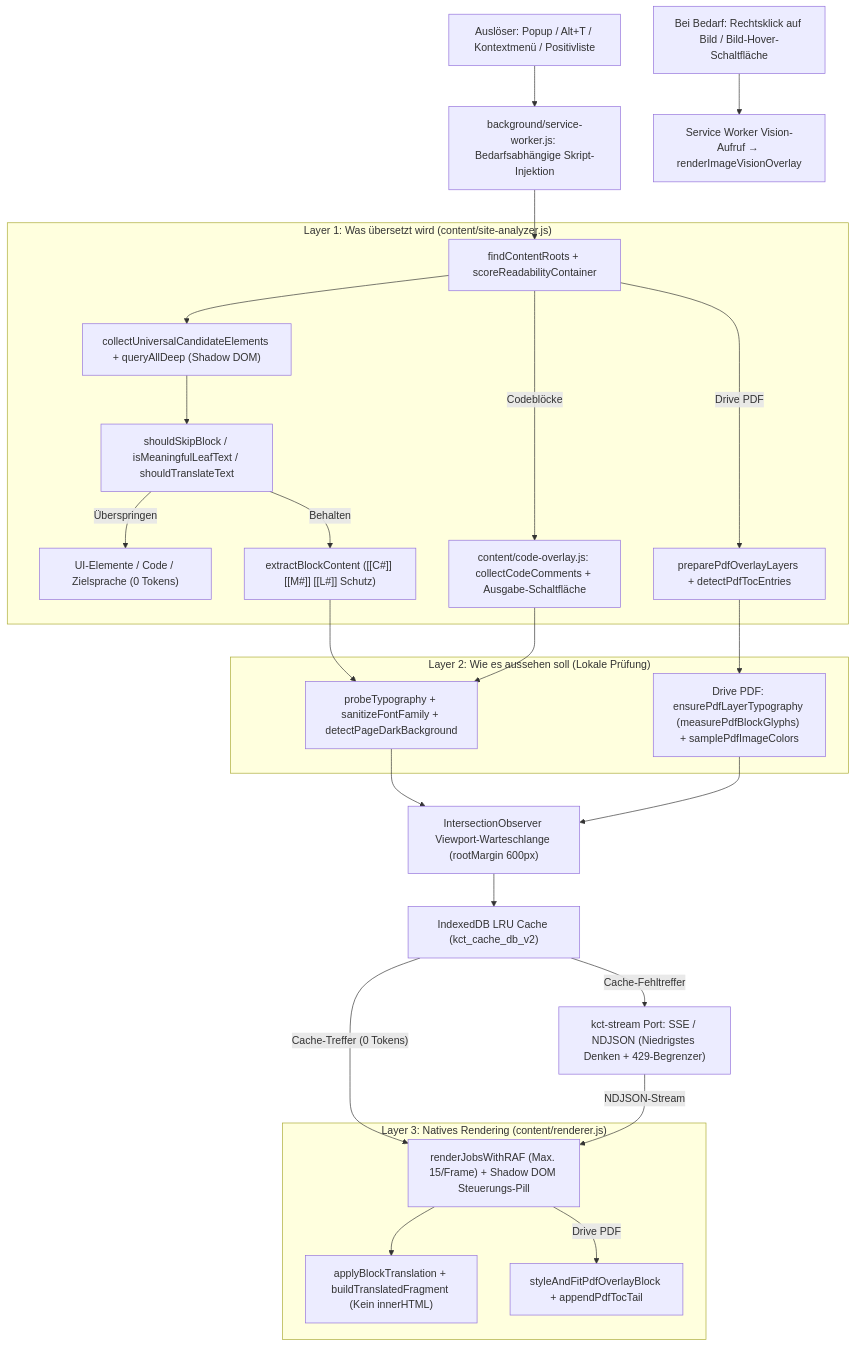
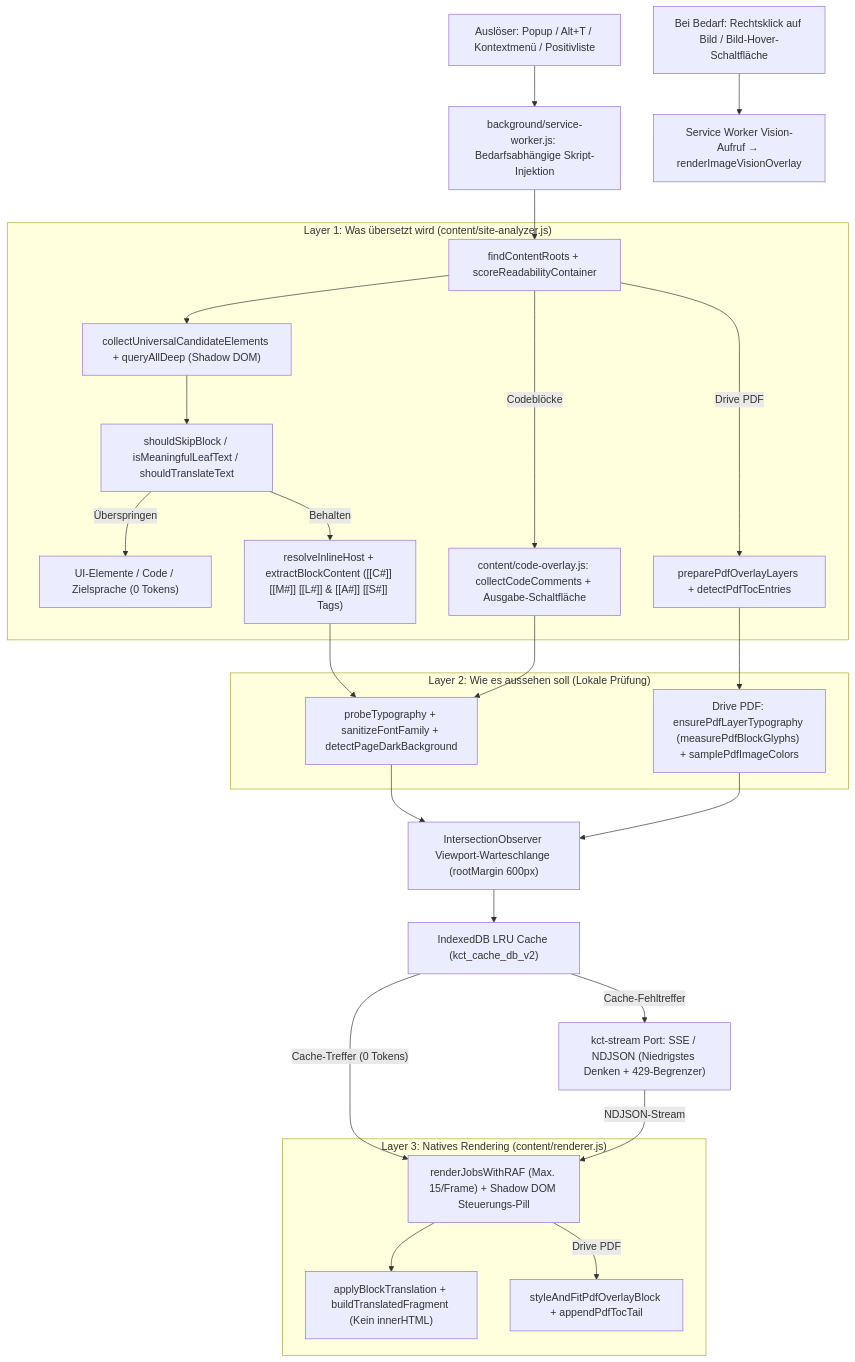
Before and after one commit to Chih-Kai-Wang/kaggle-course-translator: the second of 2 diagrams in README.de.md, drawn with Mermaid. The commit also changed other lines of this file and 47 other files, not shown here.

````diff
--- a/README.de.md
+++ b/README.de.md
@@ -104,39 +126,39 @@
 ```mermaid
 flowchart TD
     A["Auslöser: Popup / Alt+T / Kontextmenü / Positivliste"] --> B["background/service-worker.js: Bedarfsabhängige Skript-Injektion"]
     B --> C1
 
     subgraph L1["Layer 1: Was übersetzt wird (content/site-analyzer.js)"]
         C1["findContentRoots + scoreReadabilityContainer"]
         C1 --> C2["collectUniversalCandidateElements + queryAllDeep (Shadow DOM)"]
         C2 --> C3["shouldSkipBlock / isMeaningfulLeafText / shouldTranslateText"]
         C3 -->|"Überspringen"| SKIP["UI-Elemente / Code / Zielsprache (0 Tokens)"]
-        C3 -->|"Behalten"| C4["extractBlockContent ([[C#]] [[M#]] [[L#]] Schutz)"]
+        C3 -->|"Behalten"| C4["resolveInlineHost + extractBlockContent ([[C#]] [[M#]] [[L#]] & [[A#]] [[S#]] Tags)"]
         C1 -->|"Drive PDF"| C5["preparePdfOverlayLayers + detectPdfTocEntries"]
         C1 -->|"Codeblöcke"| C6["content/code-overlay.js: collectCodeComments + Ausgabe-Schaltfläche"]
     end
 
     subgraph L2["Layer 2: Wie es aussehen soll (Lokale Prüfung)"]
         D1["probeTypography + sanitizeFontFamily + detectPageDarkBackground"]
         D2["Drive PDF: ensurePdfLayerTypography (measurePdfBlockGlyphs) + samplePdfImageColors"]
     end
 
     C4 --> D1
     C6 --> D1
     C5 --> D2
 
     D1 --> Q1["IntersectionObserver Viewport-Warteschlange (rootMargin 600px)"]
     D2 --> Q1
     Q1 --> Q2["IndexedDB LRU Cache (kct_cache_db_v2)"]
     Q2 -->|"Cache-Treffer (0 Tokens)"| R1
     Q2 -->|"Cache-Fehltreffer"| Q3["kct-stream Port: SSE / NDJSON (Niedrigstes Denken + 429-Begrenzer)"]
     Q3 -->|"NDJSON-Stream"| R1
 
     subgraph L3["Layer 3: Natives Rendering (content/renderer.js)"]
         R1["renderJobsWithRAF (Max. 15/Frame) + Shadow DOM Steuerungs-Pill"]
         R1 --> R2["applyBlockTranslation + buildTranslatedFragment (Kein innerHTML)"]
         R1 -->|"Drive PDF"| R3["styleAndFitPdfOverlayBlock + appendPdfTocTail"]
     end
 
     M1["Bei Bedarf: Rechtsklick auf Bild / Bild-Hover-Schaltfläche"] --> M2["Service Worker Vision-Aufruf → renderImageVisionOverlay"]
 ```
````
